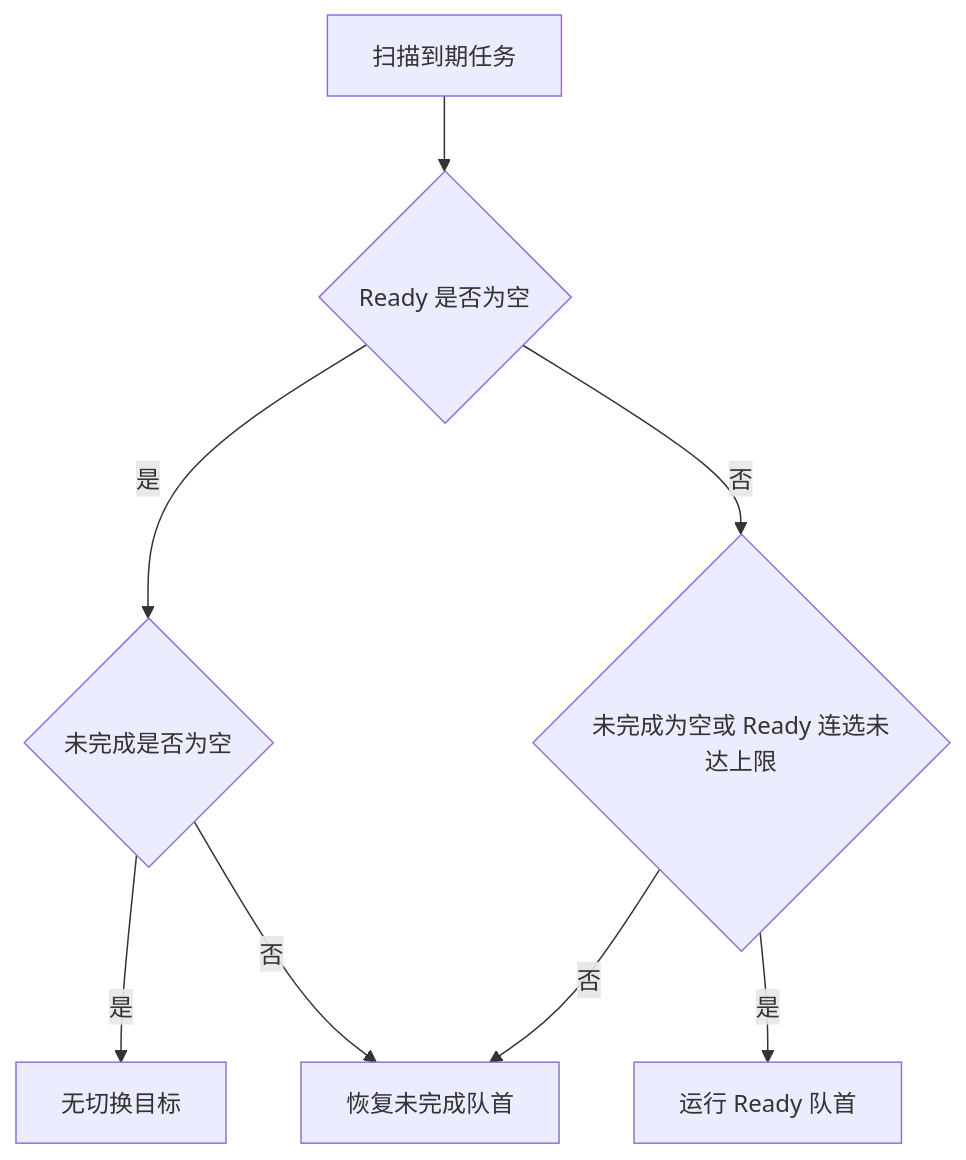
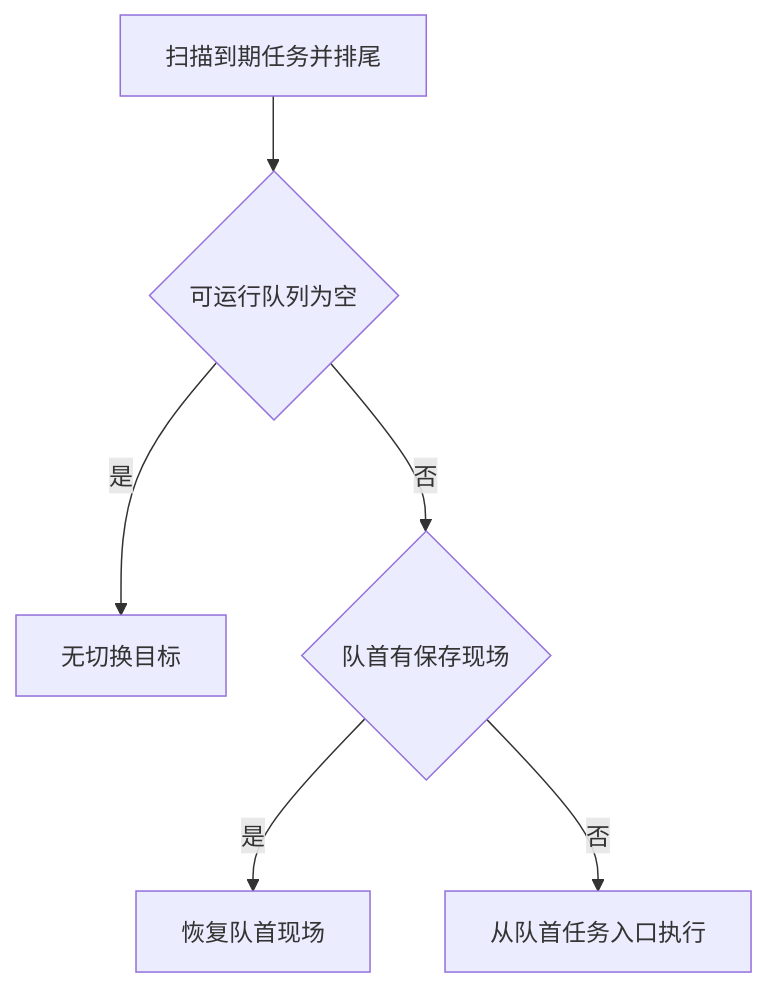
One commit to MAXLII/ATOMAN changed the second of 3 diagrams in docs/design/framework/srtos/srtos.md. Above: the diagram before and after it, drawn with Mermaid. The commit also changed other lines of this file and 6 other files, not shown here.

````diff
--- a/docs/design/framework/srtos/srtos.md
+++ b/docs/design/framework/srtos/srtos.md
@@ -194,10 +193,8 @@
 ```mermaid
 flowchart TD
-    A[扫描到期任务] --> B{Ready 是否为空}
-    B -- 是 --> C{未完成是否为空}
-    C -- 是 --> D[无切换目标]
-    C -- 否 --> E[恢复未完成队首]
-    B -- 否 --> F{未完成为空或 Ready 连选未达上限}
-    F -- 是 --> G[运行 Ready 队首]
-    F -- 否 --> E
+    A[扫描到期任务并排尾] --> B{可运行队列为空}
+    B -- 是 --> D[无切换目标]
+    B -- 否 --> C{队首有保存现场}
+    C -- 是 --> E[恢复队首现场]
+    C -- 否 --> G[从队首任务入口执行]
 ```
````
